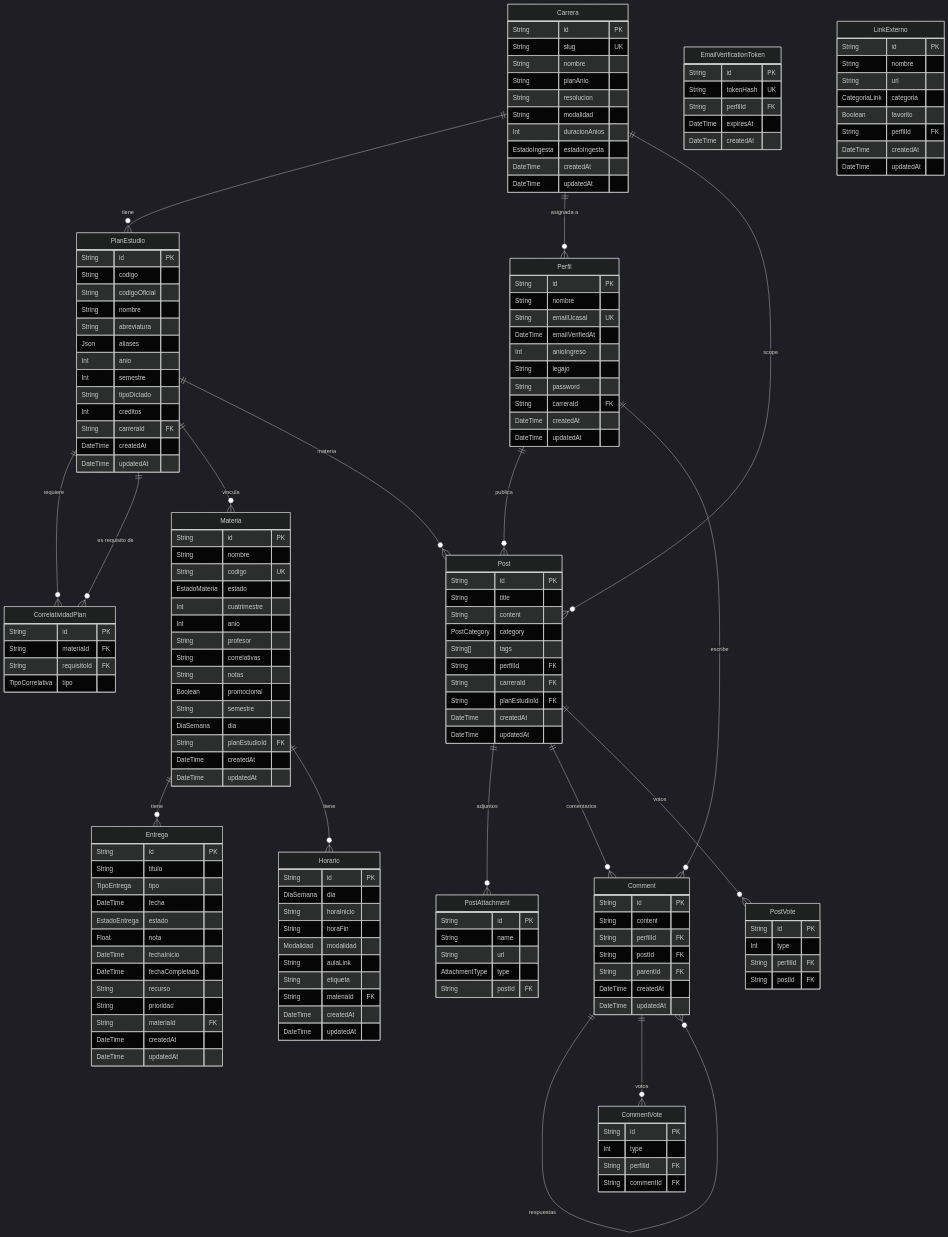
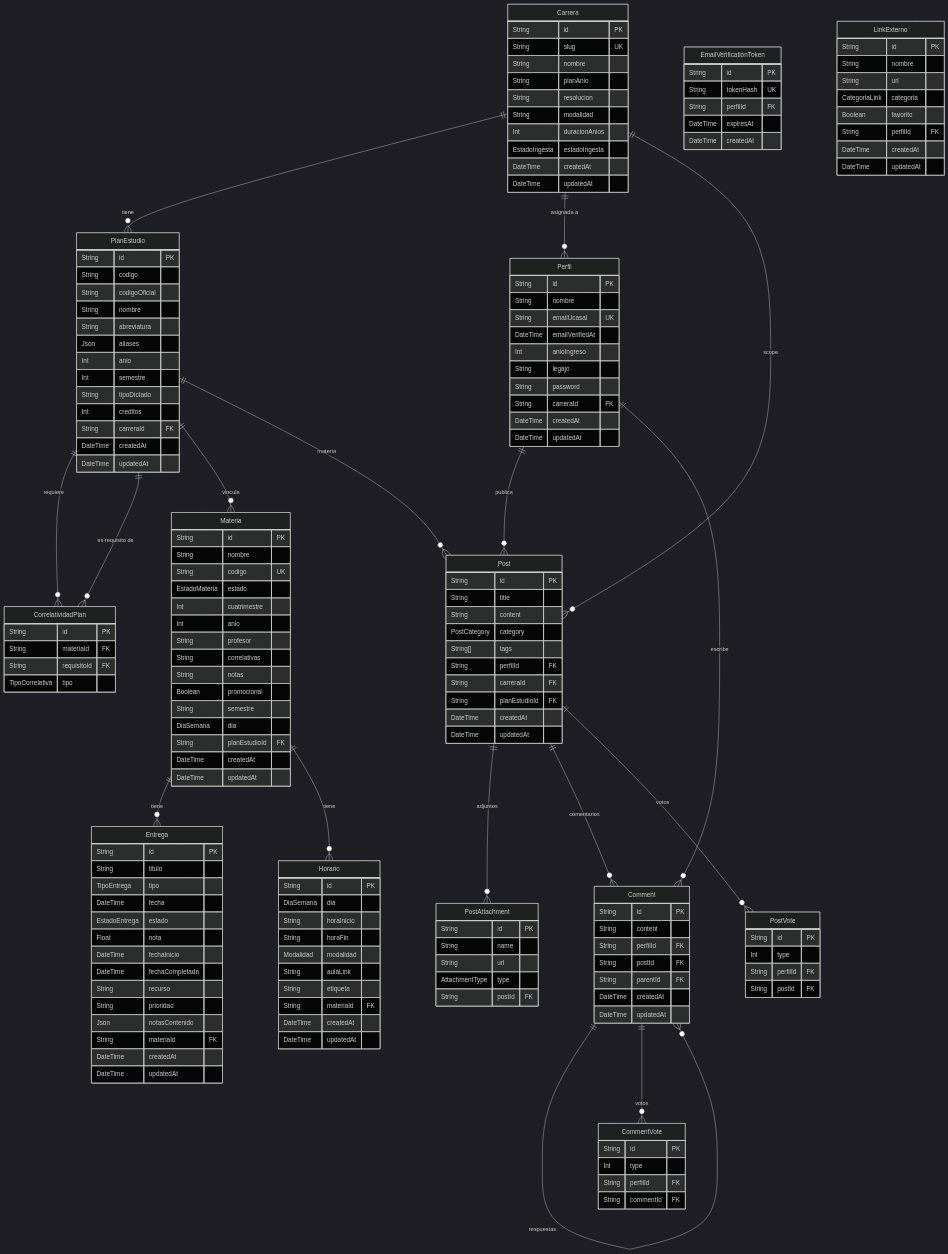
The diagram in wiki/Modelo-de-datos.md (lautioliver/UcaNode), drawn with Mermaid (dark theme) before and after one commit. The commit also changed other lines of this file and 19 other files, not shown here.

```diff
--- a/wiki/Modelo-de-datos.md
+++ b/wiki/Modelo-de-datos.md
@@ -92,6 +92,7 @@
         DateTime fechaCompletada
         String recurso
         String prioridad
+        Json notasContenido
         String materiaId FK
         DateTime createdAt
         DateTime updatedAt
```
